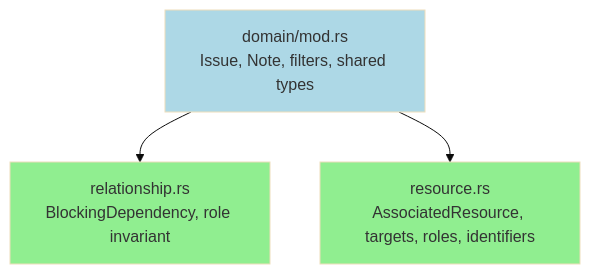
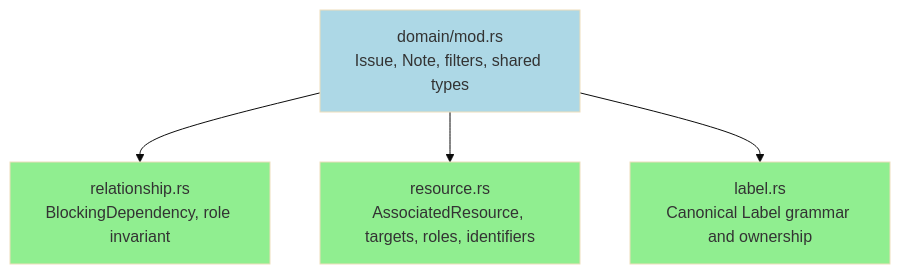
Before and after one commit to dwalleck/rivets: the third of 5 diagrams in docs/module-structure.md, drawn with Mermaid (base theme). The commit also changed other lines of this file and 7 other files, not shown here.

````diff
--- a/docs/module-structure.md
+++ b/docs/module-structure.md
@@ -196,9 +198,11 @@
 ```mermaid
 graph TD
     ModRS[domain/mod.rs<br/>Issue, Note, filters, shared types] --> Relationship[relationship.rs<br/>BlockingDependency, role invariant]
     ModRS --> Resource[resource.rs<br/>AssociatedResource, targets, roles, identifiers]
+    ModRS --> Label[label.rs<br/>Canonical Label grammar and ownership]
 
     style ModRS fill:#ADD8E6
     style Relationship fill:#90EE90
     style Resource fill:#90EE90
+    style Label fill:#90EE90
 ```
````
